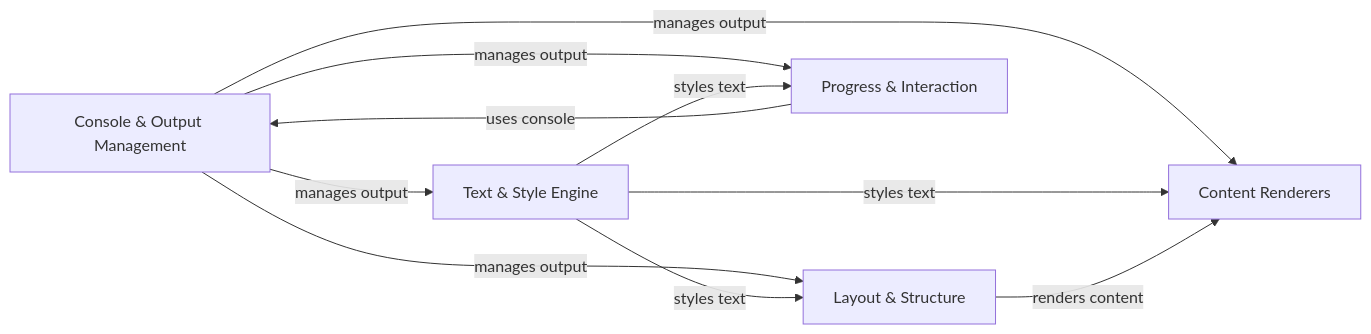
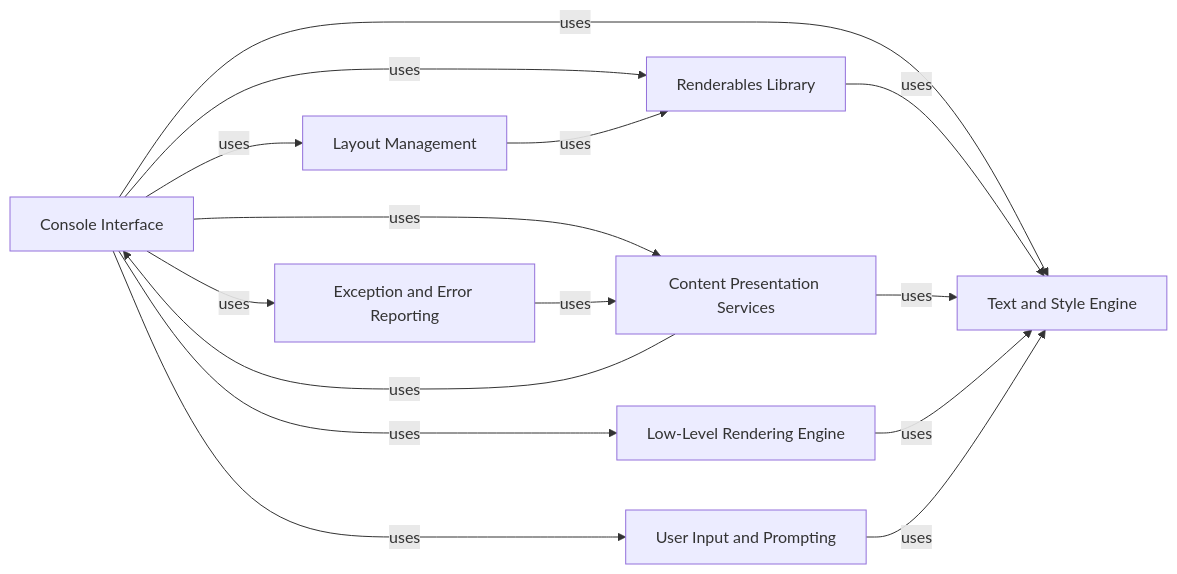
The diagram in rich/on_boarding.md (CodeBoarding/GeneratedOnBoardings), drawn with Mermaid before and after one commit. The commit also changed other lines of this file and 13 other files, not shown here.

````diff
--- a/rich/on_boarding.md
+++ b/rich/on_boarding.md
@@ -1,22 +1,33 @@
 ```mermaid
 graph LR
-    Console_Output_Management["Console & Output Management"]
-    Text_Style_Engine["Text & Style Engine"]
-    Layout_Structure["Layout & Structure"]
-    Content_Renderers["Content Renderers"]
-    Progress_Interaction["Progress & Interaction"]
-    Console_Output_Management -- "manages output" --> Text_Style_Engine
-    Console_Output_Management -- "manages output" --> Layout_Structure
-    Console_Output_Management -- "manages output" --> Content_Renderers
-    Console_Output_Management -- "manages output" --> Progress_Interaction
-    Text_Style_Engine -- "styles text" --> Layout_Structure
-    Text_Style_Engine -- "styles text" --> Content_Renderers
-    Text_Style_Engine -- "styles text" --> Progress_Interaction
-    Layout_Structure -- "renders content" --> Content_Renderers
-    Progress_Interaction -- "uses console" --> Console_Output_Management
-    click Console_Output_Management href "https://github.com/CodeBoarding/GeneratedOnBoardings/blob/main/rich/Console & Output Management.md" "Details"
-    click Text_Style_Engine href "https://github.com/CodeBoarding/GeneratedOnBoardings/blob/main/rich/Text & Style Engine.md" "Details"
-    click Layout_Structure href "https://github.com/CodeBoarding/GeneratedOnBoardings/blob/main/rich/Layout & Structure.md" "Details"
-    click Content_Renderers href "https://github.com/CodeBoarding/GeneratedOnBoardings/blob/main/rich/Content Renderers.md" "Details"
-    click Progress_Interaction href "https://github.com/CodeBoarding/GeneratedOnBoardings/blob/main/rich/Progress & Interaction.md" "Details"
+    Console_Interface["Console Interface"]
+    Text_and_Style_Engine["Text and Style Engine"]
+    Layout_Management["Layout Management"]
+    Renderables_Library["Renderables Library"]
+    Content_Presentation_Services["Content Presentation Services"]
+    Exception_and_Error_Reporting["Exception and Error Reporting"]
+    Low_Level_Rendering_Engine["Low-Level Rendering Engine"]
+    User_Input_and_Prompting["User Input and Prompting"]
+    Console_Interface -- "uses" --> Text_and_Style_Engine
+    Console_Interface -- "uses" --> Layout_Management
+    Console_Interface -- "uses" --> Renderables_Library
+    Console_Interface -- "uses" --> Content_Presentation_Services
+    Console_Interface -- "uses" --> Exception_and_Error_Reporting
+    Console_Interface -- "uses" --> Low_Level_Rendering_Engine
+    Console_Interface -- "uses" --> User_Input_and_Prompting
+    Layout_Management -- "uses" --> Renderables_Library
+    Renderables_Library -- "uses" --> Text_and_Style_Engine
+    Content_Presentation_Services -- "uses" --> Text_and_Style_Engine
+    Content_Presentation_Services -- "uses" --> Console_Interface
+    Exception_and_Error_Reporting -- "uses" --> Content_Presentation_Services
+    Low_Level_Rendering_Engine -- "uses" --> Text_and_Style_Engine
+    User_Input_and_Prompting -- "uses" --> Text_and_Style_Engine
+    click Console_Interface href "https://github.com/CodeBoarding/GeneratedOnBoardings/blob/main/rich/Console Interface.md" "Details"
+    click Text_and_Style_Engine href "https://github.com/CodeBoarding/GeneratedOnBoardings/blob/main/rich/Text and Style Engine.md" "Details"
+    click Layout_Management href "https://github.com/CodeBoarding/GeneratedOnBoardings/blob/main/rich/Layout Management.md" "Details"
+    click Renderables_Library href "https://github.com/CodeBoarding/GeneratedOnBoardings/blob/main/rich/Renderables Library.md" "Details"
+    click Content_Presentation_Services href "https://github.com/CodeBoarding/GeneratedOnBoardings/blob/main/rich/Content Presentation Services.md" "Details"
+    click Exception_and_Error_Reporting href "https://github.com/CodeBoarding/GeneratedOnBoardings/blob/main/rich/Exception and Error Reporting.md" "Details"
+    click Low_Level_Rendering_Engine href "https://github.com/CodeBoarding/GeneratedOnBoardings/blob/main/rich/Low-Level Rendering Engine.md" "Details"
+    click User_Input_and_Prompting href "https://github.com/CodeBoarding/GeneratedOnBoardings/blob/main/rich/User Input and Prompting.md" "Details"
 ```
````
